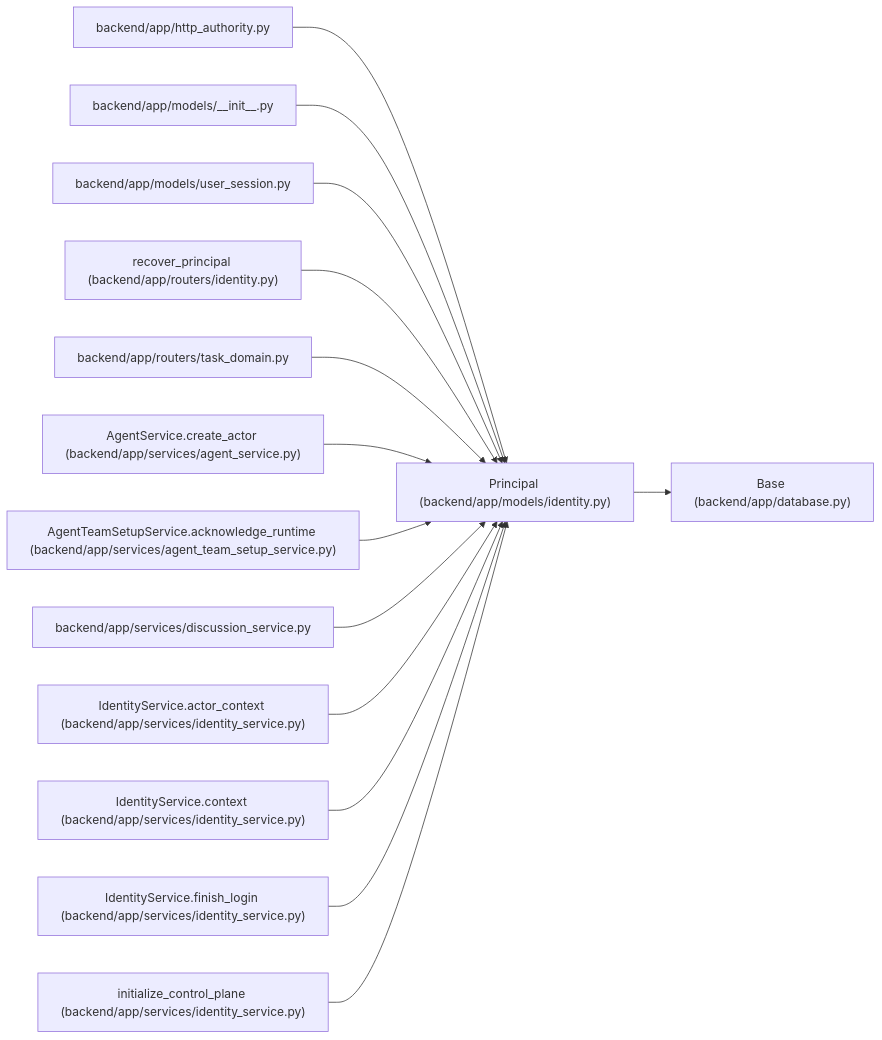
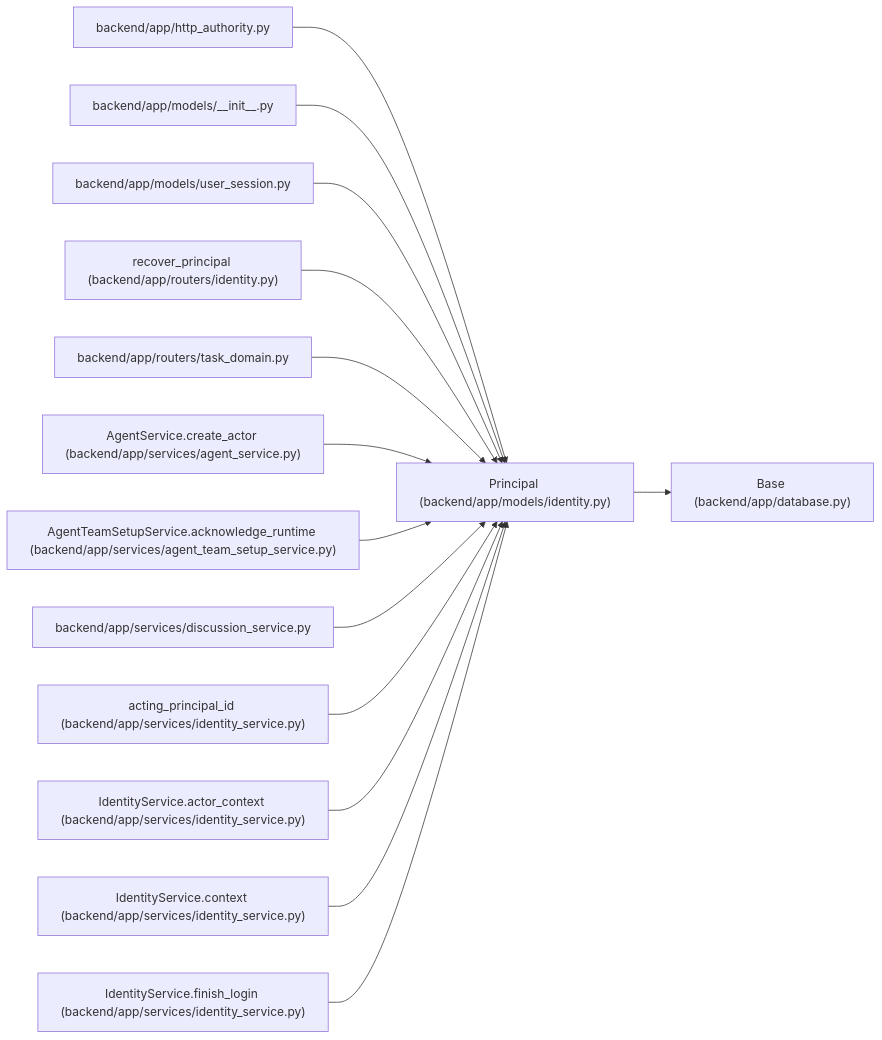
One commit to Denissvgn/WorkChord changed the diagram in docs/llm_wiki/entities/Principal.md. Above: the diagram before and after it, drawn with Mermaid. The commit also changed other lines of this file and 2373 other files, not shown here.

````diff
--- a/docs/llm_wiki/entities/Principal.md
+++ b/docs/llm_wiki/entities/Principal.md
@@ -30,44 +30,44 @@
 ```mermaid
 flowchart LR
     n0["Principal (backend/app/models/identity.py)"]
     n1["Base (backend/app/database.py)"]
     n2["backend/app/http_authority.py"]
     n3["backend/app/models/__init__.py"]
     n4["backend/app/models/user_session.py"]
     n5["recover_principal (backend/app/routers/identity.py)"]
     n6["backend/app/routers/task_domain.py"]
     n7["AgentService.create_actor (backend/app/services/agent_service.py)"]
     n8["AgentTeamSetupService.acknowledge_runtime (backend/app/services/agent_team_setup_service.py)"]
     n9["backend/app/services/discussion_service.py"]
-    n10["IdentityService.actor_context (backend/app/services/identity_service.py)"]
-    n11["IdentityService.context (backend/app/services/identity_service.py)"]
-    n12["IdentityService.finish_login (backend/app/services/identity_service.py)"]
-    n13["initialize_control_plane (backend/app/services/identity_service.py)"]
+    n10["acting_principal_id (backend/app/services/identity_service.py)"]
+    n11["IdentityService.actor_context (backend/app/services/identity_service.py)"]
+    n12["IdentityService.context (backend/app/services/identity_service.py)"]
+    n13["IdentityService.finish_login (backend/app/services/identity_service.py)"]
     n0 --> n1
     n2 --> n0
     n3 --> n0
     n4 --> n0
     n5 --> n0
     n6 --> n0
     n7 --> n0
     n8 --> n0
     n9 --> n0
     n10 --> n0
     n11 --> n0
     n12 --> n0
     n13 --> n0
     click n0 "../modules/models_identity.md"
     click n1 "../modules/app_database.md"
     click n2 "../modules/http_authority.md"
     click n3 "../modules/models___init__.md"
     click n4 "../modules/user_session.md"
     click n5 "../modules/routers_identity.md"
     click n6 "../modules/routers_task_domain.md"
     click n7 "../modules/agent_service.md"
     click n8 "../modules/agent_team_setup_service.md"
     click n9 "../modules/discussion_service.md"
     click n10 "../modules/identity_service.md"
     click n11 "../modules/identity_service.md"
     click n12 "../modules/identity_service.md"
     click n13 "../modules/identity_service.md"
 ```
````
